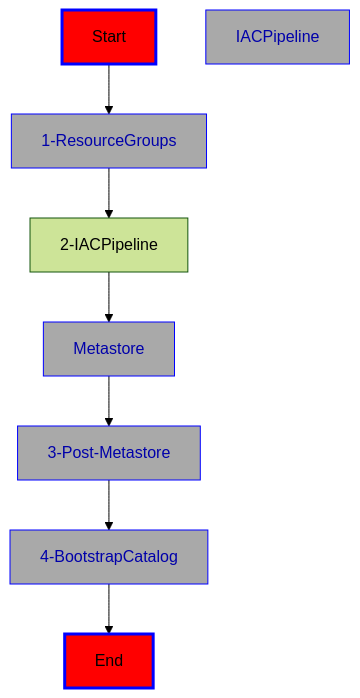
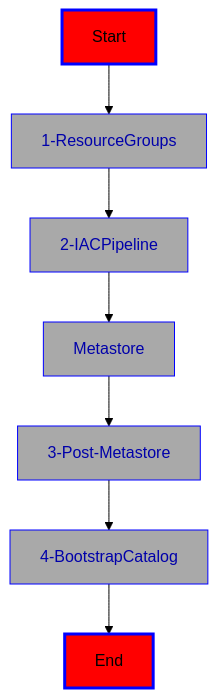
Before and after one commit to Azure/Databricks360: the diagram in iac-adb-360/README.md, drawn with Mermaid (forest theme).

Commit message:
readme typo:

````diff
--- a/iac-adb-360/README.md
+++ b/iac-adb-360/README.md
@@ -14,17 +14,17 @@
 ```mermaid
 flowchart TD
 Start --> 1-ResourceGroups
 style Start fill:red,stroke:blue,stroke-width:3px,shadow:shadow
 1-ResourceGroups --> 2-IACPipeline
 style 1-ResourceGroups fill:darkgray,stroke:blue,stroke-witdth:3px,shadow:shadow,color:#0000aa
 2-IACPipeline --> Metastore
-style IACPipeline fill:darkgray,stroke:blue,stroke-witdth:3px,shadow:shadow,color:#0000aa
+style 2-IACPipeline fill:darkgray,stroke:blue,stroke-witdth:3px,shadow:shadow,color:#0000aa
 Metastore --> 3-Post-Metastore
 style Metastore fill:darkgray,stroke:blue,stroke-witdth:3px,shadow:shadow,color:#0000aa
 3-Post-Metastore --> 4-BootstrapCatalog
 style 3-Post-Metastore fill:darkgray,stroke:blue,stroke-witdth:3px,shadow:shadow,color:#0000aa
 4-BootstrapCatalog --> End
 style 4-BootstrapCatalog fill:darkgray,stroke:blue,stroke-witdth:3px,shadow:shadow,color:#0000aa
 style End fill:red,stroke:blue,stroke-width:3px,shadow:shadow
 
 ```
````
